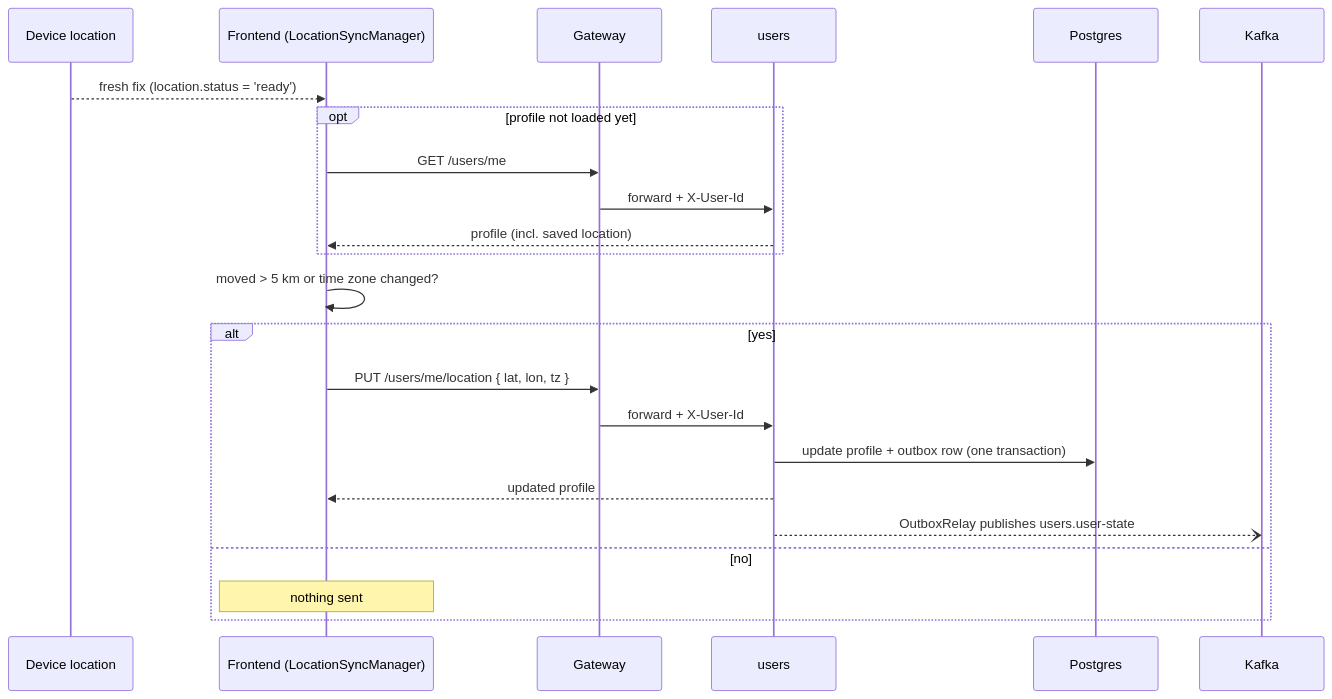
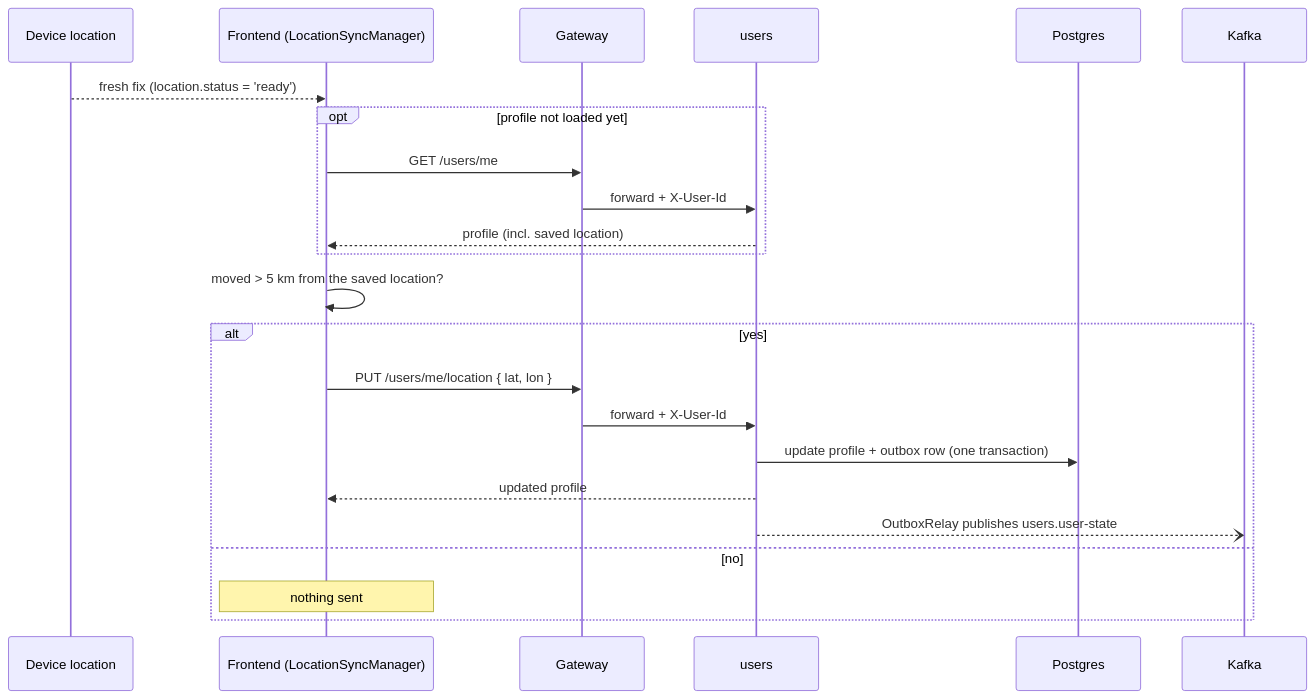
One commit to LidorElmakaies/personal-copilot changed the sixth of 8 diagrams in docs/specs/architecture.md. Above: the diagram before and after it, drawn with Mermaid. The commit also changed other lines of this file and 76 other files, not shown here.

````diff
--- a/docs/specs/architecture.md
+++ b/docs/specs/architecture.md
@@ -220,26 +220,26 @@
 ```mermaid
 sequenceDiagram
     participant GPS as Device location
     participant App as Frontend (LocationSyncManager)
     participant Gateway
     participant Users as users
     participant DB as Postgres
     participant Kafka
 
     GPS-->>App: fresh fix (location.status = 'ready')
     opt profile not loaded yet
         App->>Gateway: GET /users/me
         Gateway->>Users: forward + X-User-Id
         Users-->>App: profile (incl. saved location)
     end
-    App->>App: moved > 5 km or time zone changed?
+    App->>App: moved > 5 km from the saved location?
     alt yes
-        App->>Gateway: PUT /users/me/location { lat, lon, tz }
+        App->>Gateway: PUT /users/me/location { lat, lon }
         Gateway->>Users: forward + X-User-Id
         Users->>DB: update profile + outbox row (one transaction)
         Users-->>App: updated profile
         Users--)Kafka: OutboxRelay publishes users.user-state
     else no
         Note over App: nothing sent
     end
 ```
````
